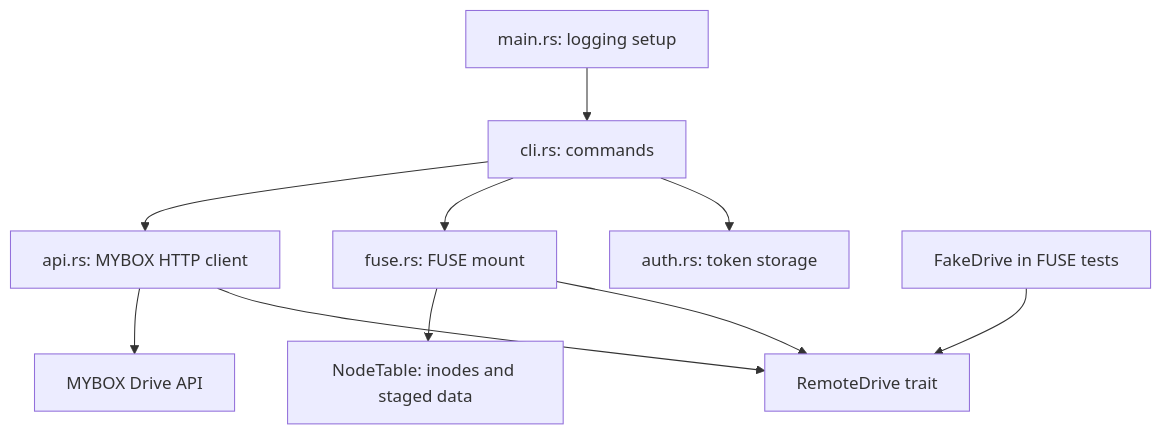
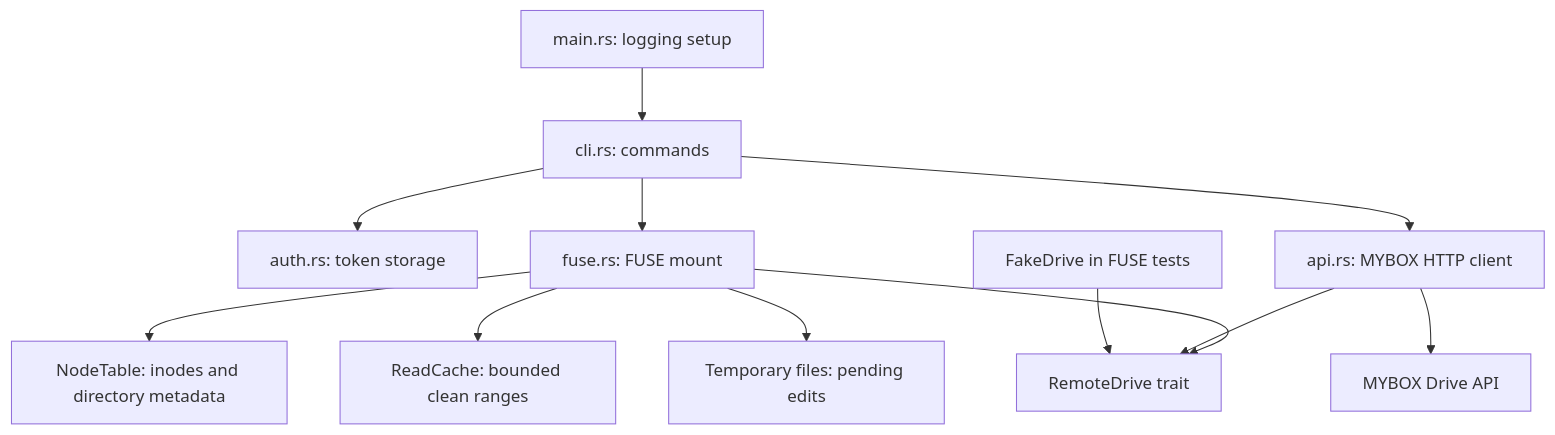
Before and after one commit to lshqqytiger/naver-mybox-linux: the diagram in docs/architecture.md, drawn with Mermaid. The commit also changed other lines of this file and 1 other file, not shown here.

````diff
--- a/docs/architecture.md
+++ b/docs/architecture.md
@@ -9,12 +9,14 @@
 ```mermaid
 flowchart TD
     Main[main.rs: logging setup] --> CLI[cli.rs: commands]
     CLI --> Auth[auth.rs: token storage]
     CLI --> Fuse[fuse.rs: FUSE mount]
     CLI --> API[api.rs: MYBOX HTTP client]
     Fuse --> Drive[RemoteDrive trait]
     API --> Drive
     Fake[FakeDrive in FUSE tests] --> Drive
-    Fuse --> Table[NodeTable: inodes and staged data]
+      Fuse --> Table[NodeTable: inodes and directory metadata]
+      Fuse --> Cache[ReadCache: bounded clean ranges]
+      Fuse --> Staging[Temporary files: pending edits]
     API --> Remote[MYBOX Drive API]
 ```
````
